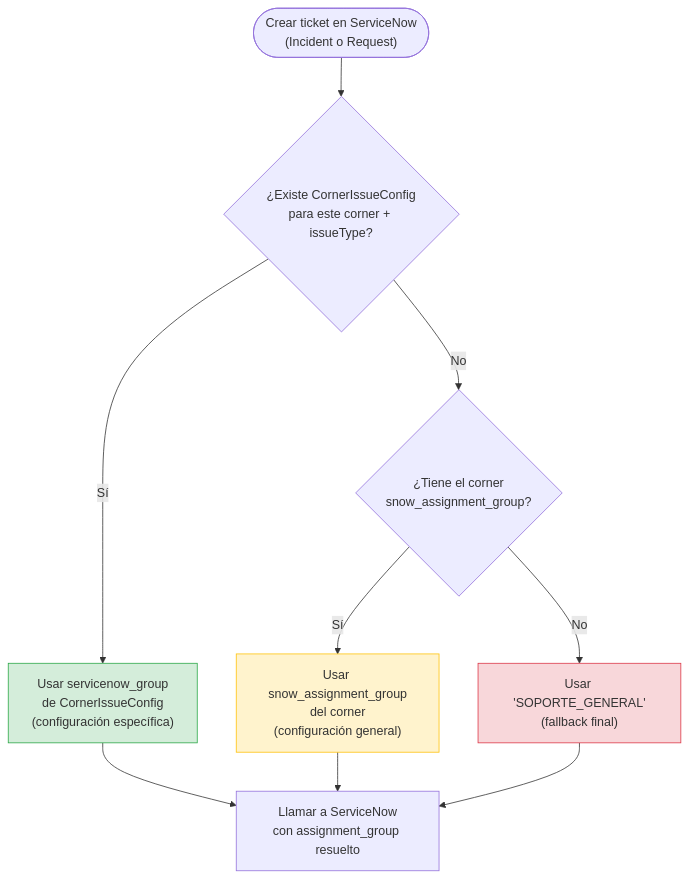
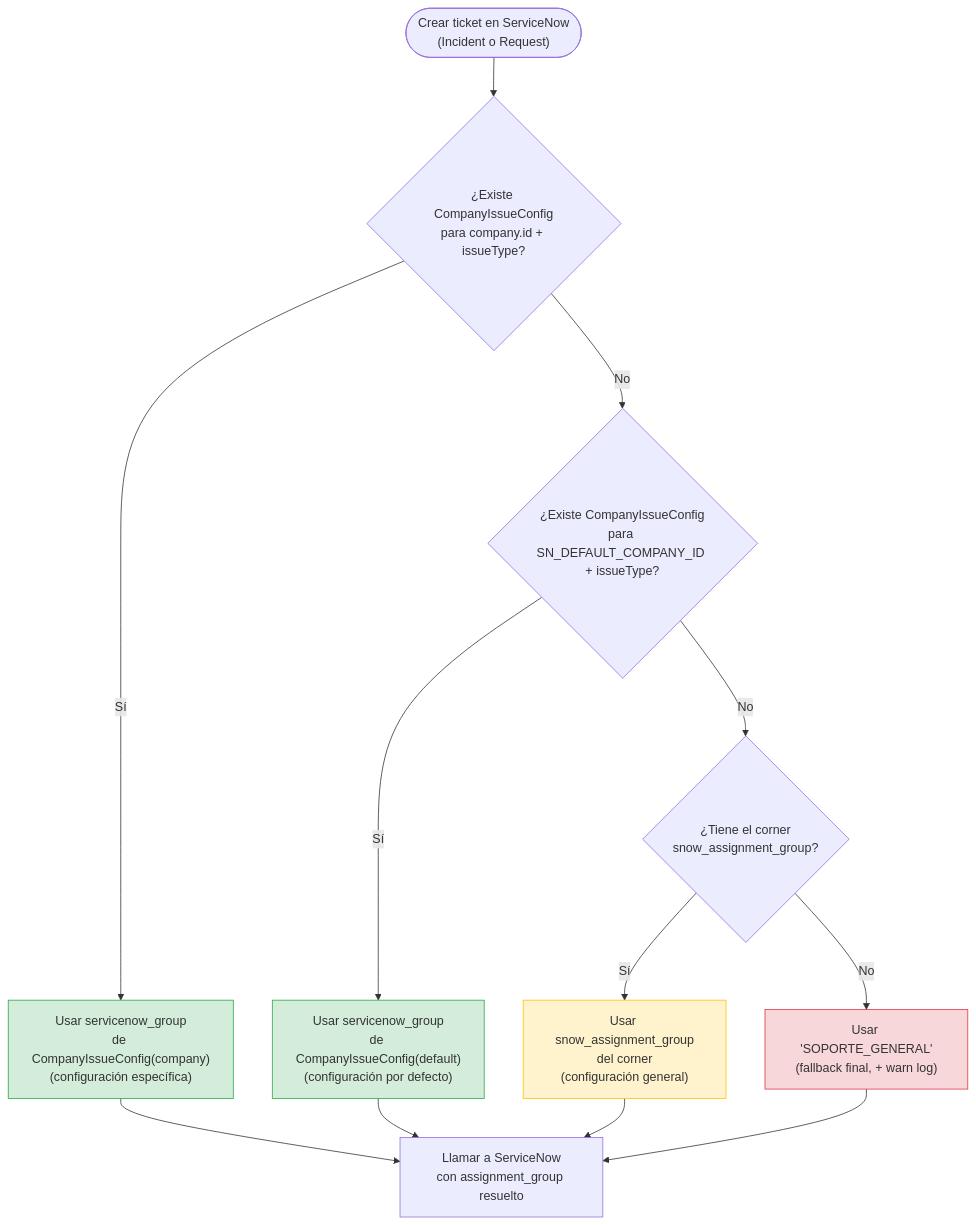
Before and after one commit to maironcuellomartinez/monorepo-service: the seventh of 13 diagrams in monolito-event-corner_v3/docs/er-diagram.md, drawn with Mermaid. The commit also changed other lines of this file and 5 other files, not shown here.

First line of the commit message:
docs: corregir documentation.md, abac-guide.md, er-diagram.md, config-strategy.md, seed-data.md, observability.md

````diff
--- a/monolito-event-corner_v3/docs/er-diagram.md
+++ b/monolito-event-corner_v3/docs/er-diagram.md
@@ -1232,28 +1265,35 @@
   ```mermaid
   flowchart TD
       START(["Crear ticket en ServiceNow\n(Incident o Request)"])
 
-      Q1{"¿Existe CornerIssueConfig\npara este corner + issueType?"}
-      USE_CIC["Usar servicenow_group\nde CornerIssueConfig\n(configuración específica)"]
+      Q1{"¿Existe CompanyIssueConfig\npara company.id + issueType?"}
+      USE_CIC["Usar servicenow_group\nde CompanyIssueConfig(company)\n(configuración específica)"]
 
-      Q2{"¿Tiene el corner\nsnow_assignment_group?"}
+      Q2{"¿Existe CompanyIssueConfig\npara SN_DEFAULT_COMPANY_ID + issueType?"}
+      USE_DEFAULT_CIC["Usar servicenow_group\nde CompanyIssueConfig(default)\n(configuración por defecto)"]
+
+      Q3{"¿Tiene el corner\nsnow_assignment_group?"}
       USE_CORNER["Usar snow_assignment_group\ndel corner\n(configuración general)"]
 
-      USE_DEFAULT["Usar 'SOPORTE_GENERAL'\n(fallback final)"]
+      USE_DEFAULT["Usar 'SOPORTE_GENERAL'\n(fallback final, + warn log)"]
 
       CALL_SN["Llamar a ServiceNow\ncon assignment_group resuelto"]
 
       START --> Q1
       Q1 -->|"Sí"| USE_CIC
       Q1 -->|"No"| Q2
-      Q2 -->|"Sí"| USE_CORNER
-      Q2 -->|"No"| USE_DEFAULT
+      Q2 -->|"Sí"| USE_DEFAULT_CIC
+      Q2 -->|"No"| Q3
+      Q3 -->|"Sí"| USE_CORNER
+      Q3 -->|"No"| USE_DEFAULT
       USE_CIC --> CALL_SN
+      USE_DEFAULT_CIC --> CALL_SN
       USE_CORNER --> CALL_SN
       USE_DEFAULT --> CALL_SN
 
       style USE_CIC fill:#d4edda,stroke:#28a745
+      style USE_DEFAULT_CIC fill:#d4edda,stroke:#28a745
       style USE_CORNER fill:#fff3cd,stroke:#ffc107
       style USE_DEFAULT fill:#f8d7da,stroke:#dc3545
 
   ```
````
